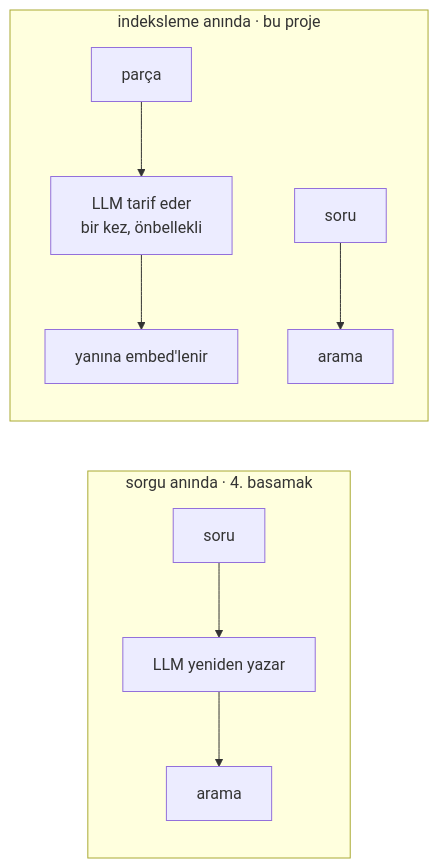
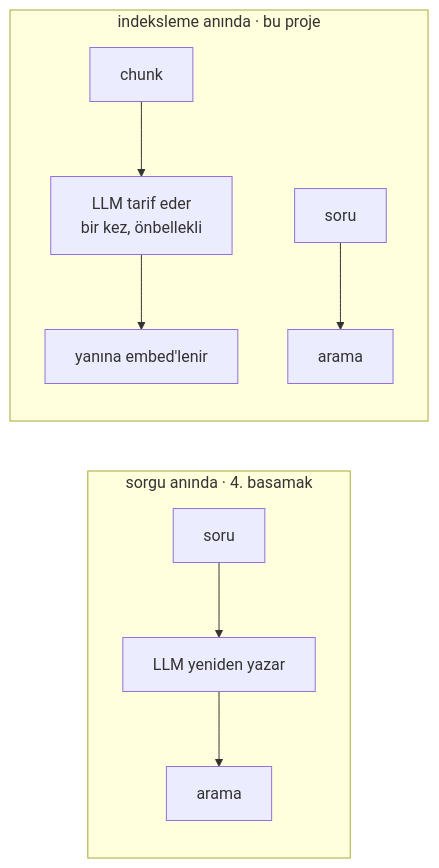
The fourth of 4 diagrams in docs/rag/04-query.tr.md (fport/milvus-rag), drawn with Mermaid before and after one commit. The commit also changed other lines of this file and 15 other files, not shown here.

````diff
--- a/docs/rag/04-query.tr.md
+++ b/docs/rag/04-query.tr.md
@@ -175,12 +175,12 @@
 ```mermaid
 flowchart LR
     subgraph QT["sorgu anında · 4. basamak"]
         direction TB
         QA["soru"] --> LA["LLM yeniden yazar"] --> SA["arama"]
     end
     subgraph IT["indeksleme anında · bu proje"]
         direction TB
-        CB["parça"] --> LB["LLM tarif eder<br>bir kez, önbellekli"] --> EB["yanına embed'lenir"]
+        CB["chunk"] --> LB["LLM tarif eder<br>bir kez, önbellekli"] --> EB["yanına embed'lenir"]
         QB["soru"] --> SB["arama"]
     end
 ```
````
